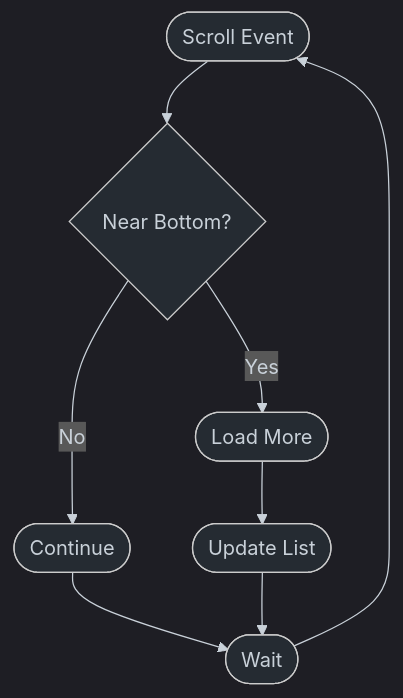
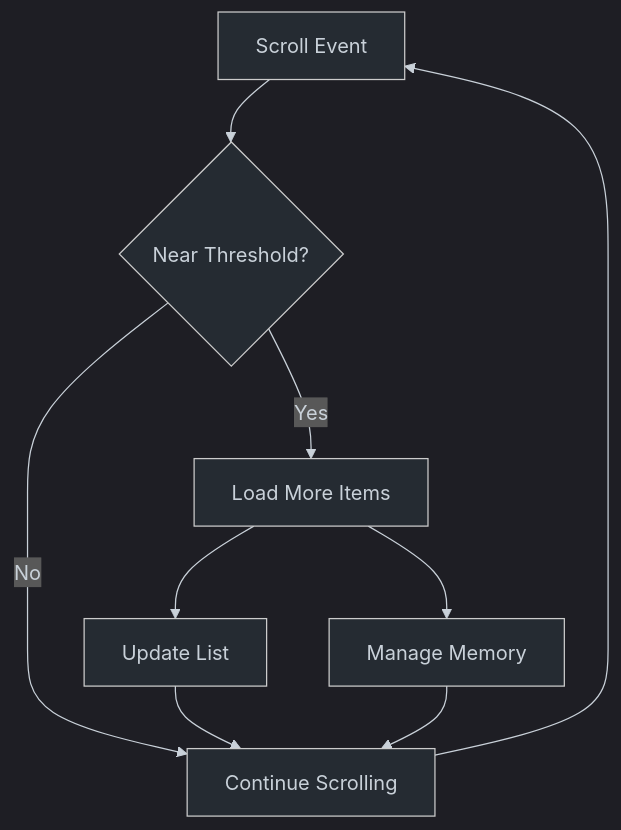
Before and after one commit to jackccrawford/pattern-bridge: the diagram in docs/patterns/infinite-scroll.md, drawn with Mermaid. The commit also changed other lines of this file and 2 other files, not shown here.

````diff
--- a/docs/patterns/infinite-scroll.md
+++ b/docs/patterns/infinite-scroll.md
@@ -7,20 +7,21 @@
 ```mermaid
 %%{init: {
   'theme': 'dark',
   'themeVariables': {
     'darkMode': true,
     'background': '#252b32',
     'mainBkg': '#252b32',
     'textColor': '#c9d1d9',
     'lineColor': '#c9d1d9'
   }
 }}%%
 graph TD
-    A([Scroll Event]) --> B{Near Bottom?}
-    B -->|Yes| C([Load More])
-    B -->|No| D([Continue])
-    C --> E([Update List])
-    D --> F([Wait])
-    E --> F
-    F --> A
+    A[Scroll Event] --> B{Near Threshold?}
+    B -->|Yes| C[Load More Items]
+    B -->|No| D[Continue Scrolling]
+    C --> E[Update List]
+    C --> F[Manage Memory]
+    E --> D
+    F --> D
+    D --> A
 ```
````
